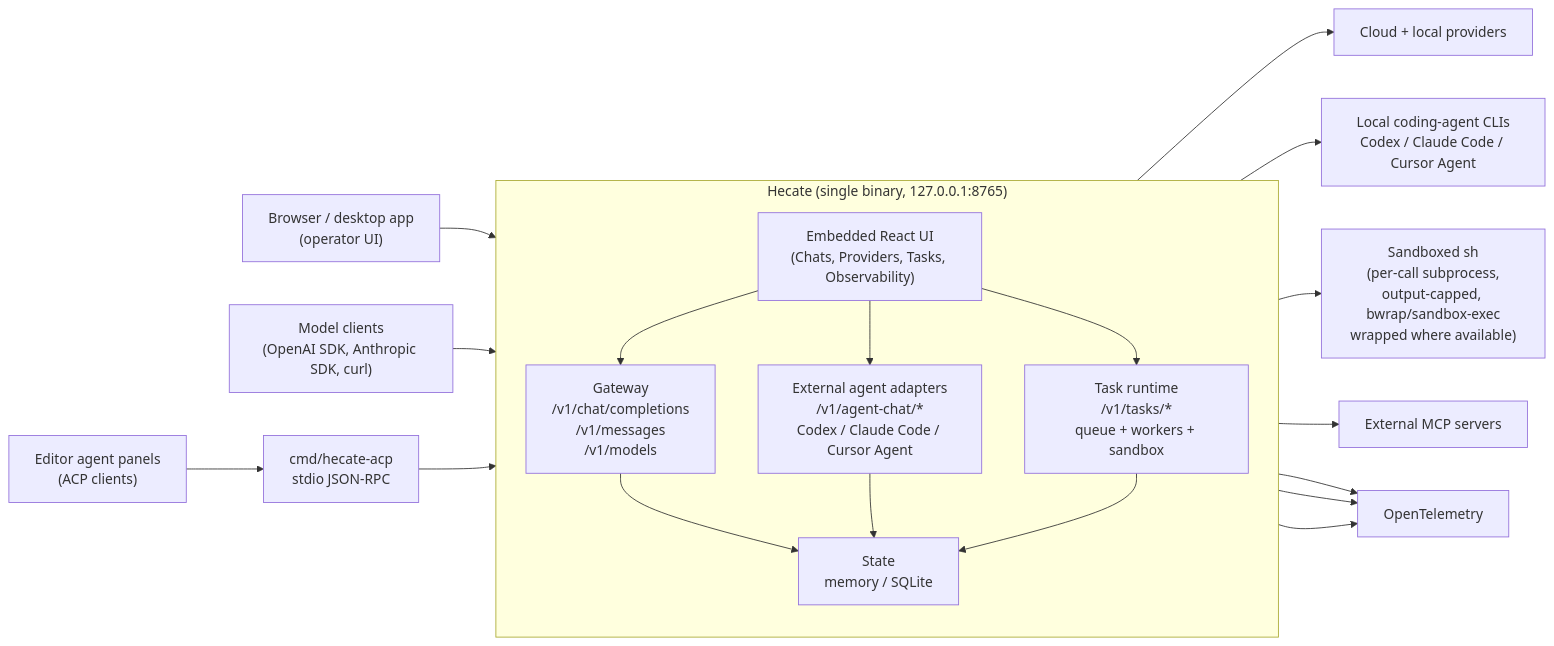
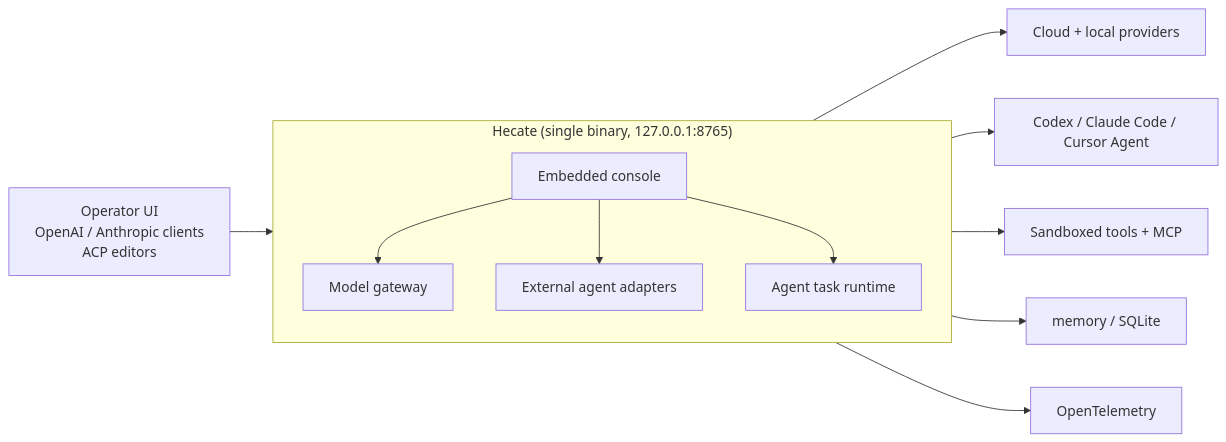
The diagram in README.md (hecatehq/hecate), drawn with Mermaid before and after one commit.

Commit message:
docs(readme): refresh architecture and external agents overview
Document external coding-agent adapters as a first-class Chats target and
clarify that they are supervised local processes, not model providers.

Simplify the architecture diagram around the current product boundaries:
model gateway, external agent adapters, agent task runtime, embedded console,
state, and OpenTelemetry.

````diff
--- a/README.md
+++ b/README.md
@@ -101,37 +101,23 @@
 ```mermaid
 flowchart LR
-    Browser["Browser / desktop app<br/>(operator UI)"]
-    ModelClients["Model clients<br/>(OpenAI SDK, Anthropic SDK, curl)"]
-    EditorClients["Editor agent panels<br/>(ACP clients)"]
+    Clients["Operator UI<br/>OpenAI / Anthropic clients<br/>ACP editors"]
 
     subgraph Hecate["Hecate (single binary, 127.0.0.1:8765)"]
         direction TB
-        UI["Embedded React UI<br/>(Chats, Providers, Tasks, Observability)"]
-        Gateway["Gateway<br/>/v1/chat/completions<br/>/v1/messages<br/>/v1/models"]
-        AgentChat["External agent adapters<br/>/v1/agent-chat/*<br/>Codex / Claude Code / Cursor Agent"]
-        Runtime["Task runtime<br/>/v1/tasks/*<br/>queue + workers + sandbox"]
-        State["State<br/>memory / SQLite"]
+        Console["Embedded console"]
+        Gateway["Model gateway"]
+        AgentAdapters["External agent adapters"]
+        Runtime["Agent task runtime"]
     end
 
-    ACP["cmd/hecate-acp<br/>stdio JSON-RPC"]
-
-    Browser --> UI
-    ModelClients --> Gateway
-    EditorClients --> ACP
-    ACP --> Runtime
-
-    UI --> Gateway
-    UI --> AgentChat
-    UI --> Runtime
+    Clients --> Hecate
+    Console --> Gateway
+    Console --> AgentAdapters
+    Console --> Runtime
 
     Gateway --> Providers["Cloud + local providers"]
-    AgentChat --> ExternalAgents["Local coding-agent CLIs<br/>Codex / Claude Code / Cursor Agent"]
-    Runtime --> Sandbox["Sandboxed sh<br/>(per-call subprocess,<br/>output-capped, bwrap/sandbox-exec<br/>wrapped where available)"]
-    Runtime --> MCP["External MCP servers"]
-    Gateway --> State
-    AgentChat --> State
-    Runtime --> State
-    Gateway --> OTel["OpenTelemetry"]
-    AgentChat --> OTel
-    Runtime --> OTel
+    AgentAdapters --> CLIs["Codex / Claude Code / Cursor Agent"]
+    Runtime --> Tools["Sandboxed tools + MCP"]
+    Hecate --> State["memory / SQLite"]
+    Hecate --> OTel["OpenTelemetry"]
 ```
````
